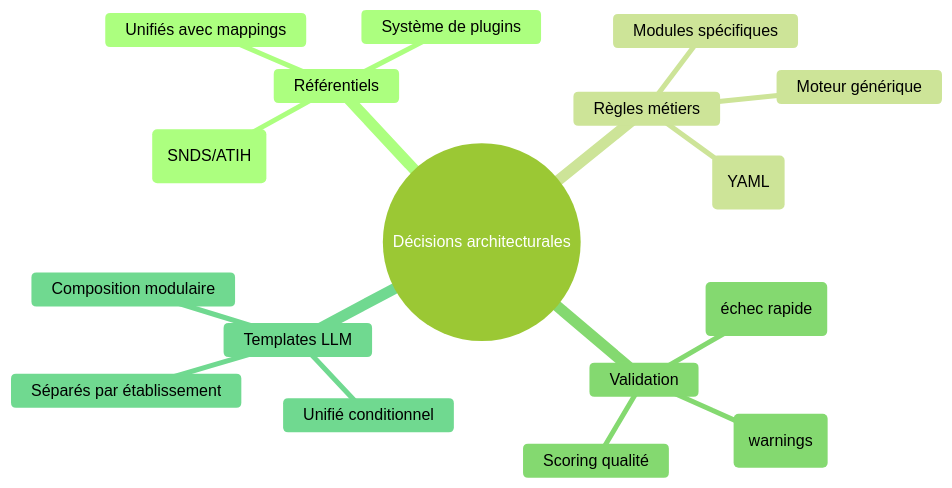
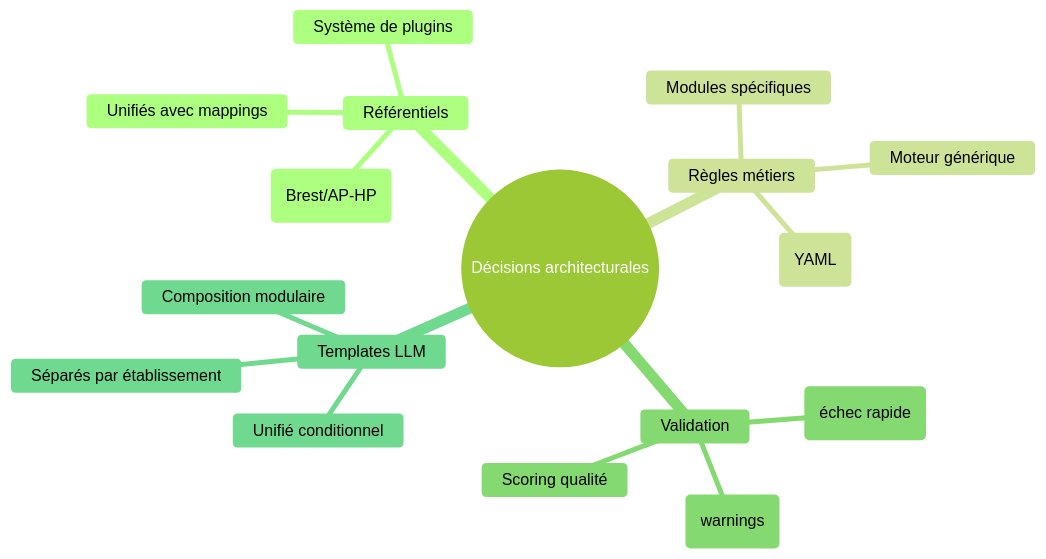
One commit to CHU-Brest/Stream changed the second of 2 diagrams in README.md. Above: the diagram before and after it, drawn with Mermaid (forest theme). The commit also changed other lines of this file, not shown here.

Commit message:
Fix: Correct Brest data source from SNDS to ATIH national database

````diff
--- a/README.md
+++ b/README.md
@@ -345,20 +345,20 @@
 ```mermaid
 mindmap
   root((Décisions architecturales))
     Référentiels
-      Séparés (SNDS/ATIH)
+      Séparés (Brest/AP-HP)
       Unifiés avec mappings
       Système de plugins
     Règles métiers
       Modules spécifiques
       Configurable (YAML)
       Moteur générique
     Validation
       Stricte (échec rapide)
       Progressive (warnings)
       Scoring qualité
     Templates LLM
       Séparés par établissement
       Unifié conditionnel
       Composition modulaire
 ```
````
